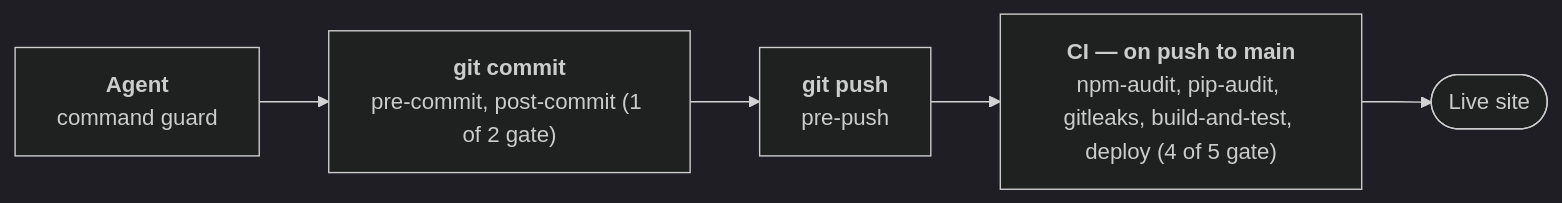
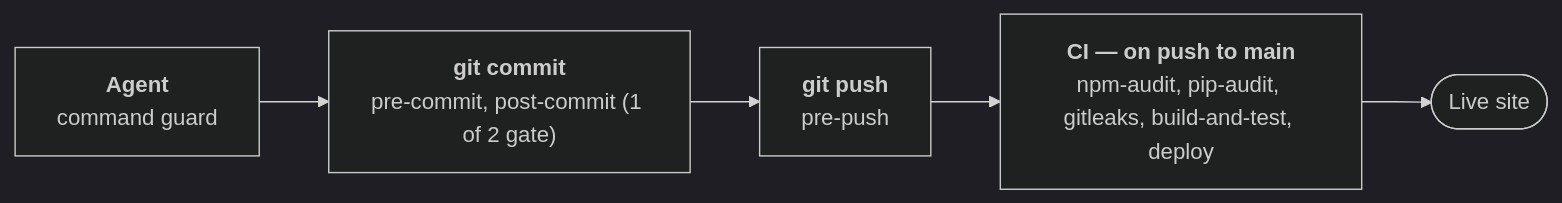
Before and after one commit to buedaswag/landing-page: the diagram in README.md, drawn with Mermaid (dark theme). The commit also changed 3 other files, not shown here.

First line of the commit message:
Regenerate the pipeline diagram

````diff
--- a/README.md
+++ b/README.md
@@ -94,11 +94,11 @@
 ```mermaid
 graph LR
     agent["<b>Agent</b><br/>command guard"]
     commit["<b>git commit</b><br/>pre-commit, post-commit (1 of 2 gate)"]
     push["<b>git push</b><br/>pre-push"]
-    ci["<b>CI — on push to main</b><br/>npm-audit, pip-audit, gitleaks, build-and-test, deploy (4 of 5 gate)"]
+    ci["<b>CI — on push to main</b><br/>npm-audit, pip-audit, gitleaks, build-and-test, deploy"]
     agent --> commit
     commit --> push
     push --> ci
     ci --> live([Live site])
 ```
````
